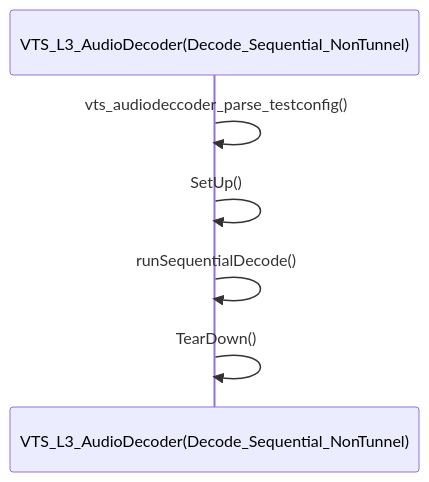
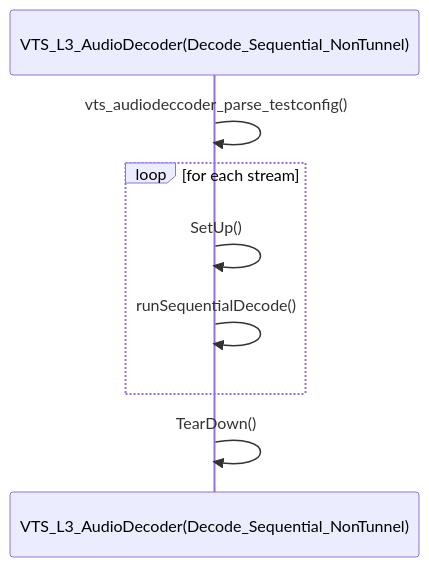
Before and after one commit to davidkoo-brcm/rdk-halif-aidl-test-audiodecoder: diagram 11 of 12 in docs/pages/audioDecoder_L3_Low-Level_TestSpecification.md, drawn with Mermaid. The commit also changed other lines of this file and 4 other files, not shown here.

````diff
--- a/docs/pages/audioDecoder_L3_Low-Level_TestSpecification.md
+++ b/docs/pages/audioDecoder_L3_Low-Level_TestSpecification.md
@@ -508,9 +522,11 @@
 ```mermaid
 sequenceDiagram
     participant Test as VTS_L3_AudioDecoder(Decode_Sequential_NonTunnel)
 
     Test->>Test: vts_audiodeccoder_parse_testconfig()
-    Test->>Test: SetUp()
-    Test->>Test: runSequentialDecode()
+    loop for each stream
+      Test->>Test: SetUp()
+      Test->>Test: runSequentialDecode()
+    end
     Test->>Test: TearDown()
 ```
````
